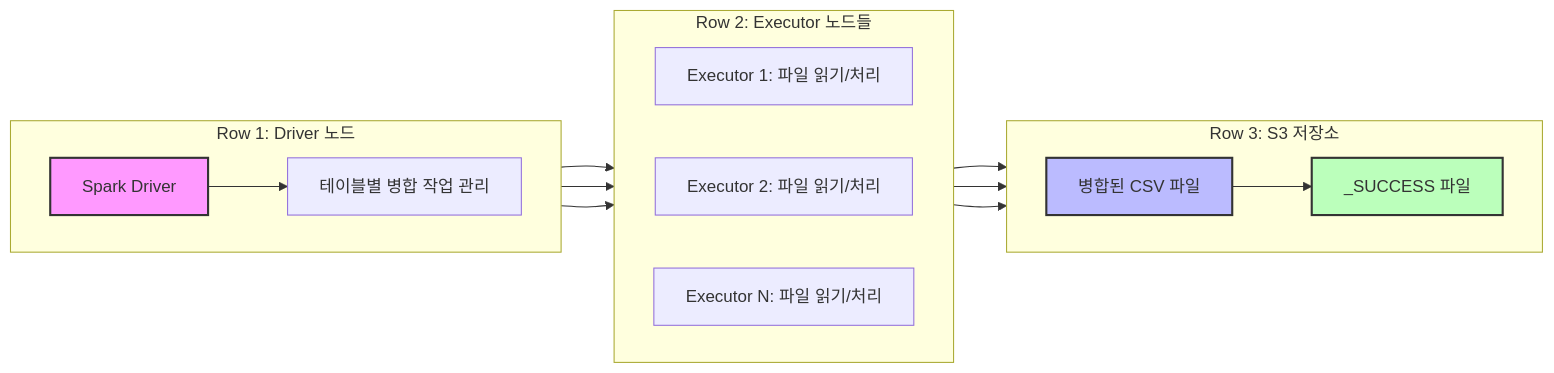
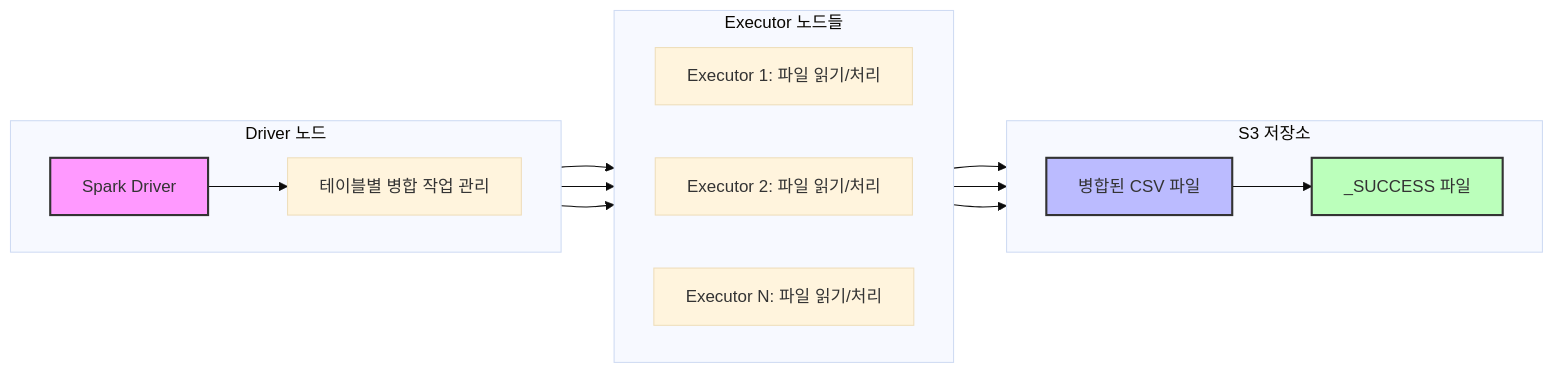
The eighth of 11 diagrams in _posts/2025-03-18-etl-pipeline.md (yeokyeong-yoon/yeokyeong-yoon.github.io), drawn with Mermaid before and after one commit. The commit also changed other lines of this file, not shown here.

Commit message:
docs: Improve Mermaid diagram readability with larger font size and clearer labels

````diff
--- a/_posts/2025-03-18-etl-pipeline.md
+++ b/_posts/2025-03-18-etl-pipeline.md
@@ -460,31 +467,32 @@
 ```mermaid
+%%{init: {'theme': 'base', 'themeVariables': { 'fontSize': '16px'}}}%%
 graph LR
-    subgraph "Row 1: Driver 노드"
+    subgraph "Driver 노드"
         direction LR
         D1[Spark Driver] --> D2[테이블별 병합 작업 관리]
     end
     
-    subgraph "Row 2: Executor 노드들"
+    subgraph "Executor 노드들"
         direction LR
         E1[Executor 1: 파일 읽기/처리]
         E3[Executor 2: 파일 읽기/처리]
         E5[Executor N: 파일 읽기/처리]
     end
     
-    subgraph "Row 3: S3 저장소"
+    subgraph "S3 저장소"
         direction LR
         S1[병합된 CSV 파일] --> S2[_SUCCESS 파일]
     end
     
     D2 --> E1
     D2 --> E3
     D2 --> E5
     
     E1 --> S1
     E3 --> S1
     E5 --> S1
     
     style D1 fill:#f9f,stroke:#333,stroke-width:2px
     style S1 fill:#bbf,stroke:#333,stroke-width:2px
     style S2 fill:#bfb,stroke:#333,stroke-width:2px
 ```
````
